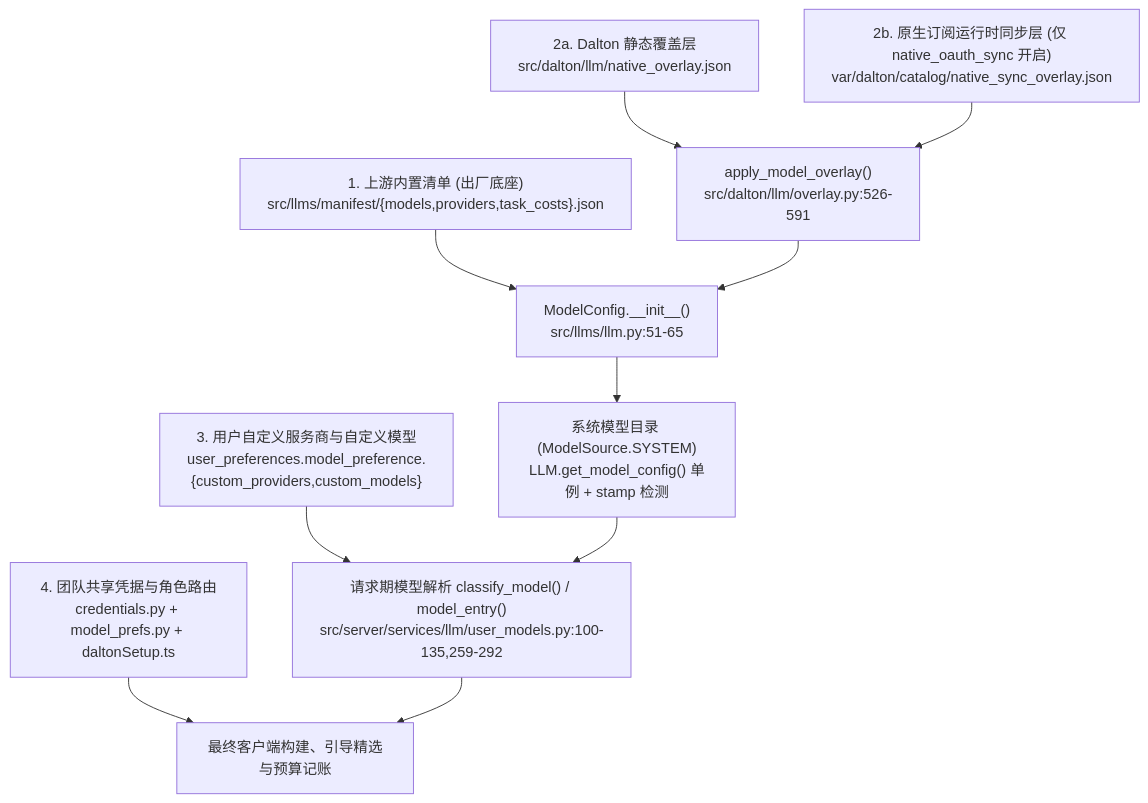
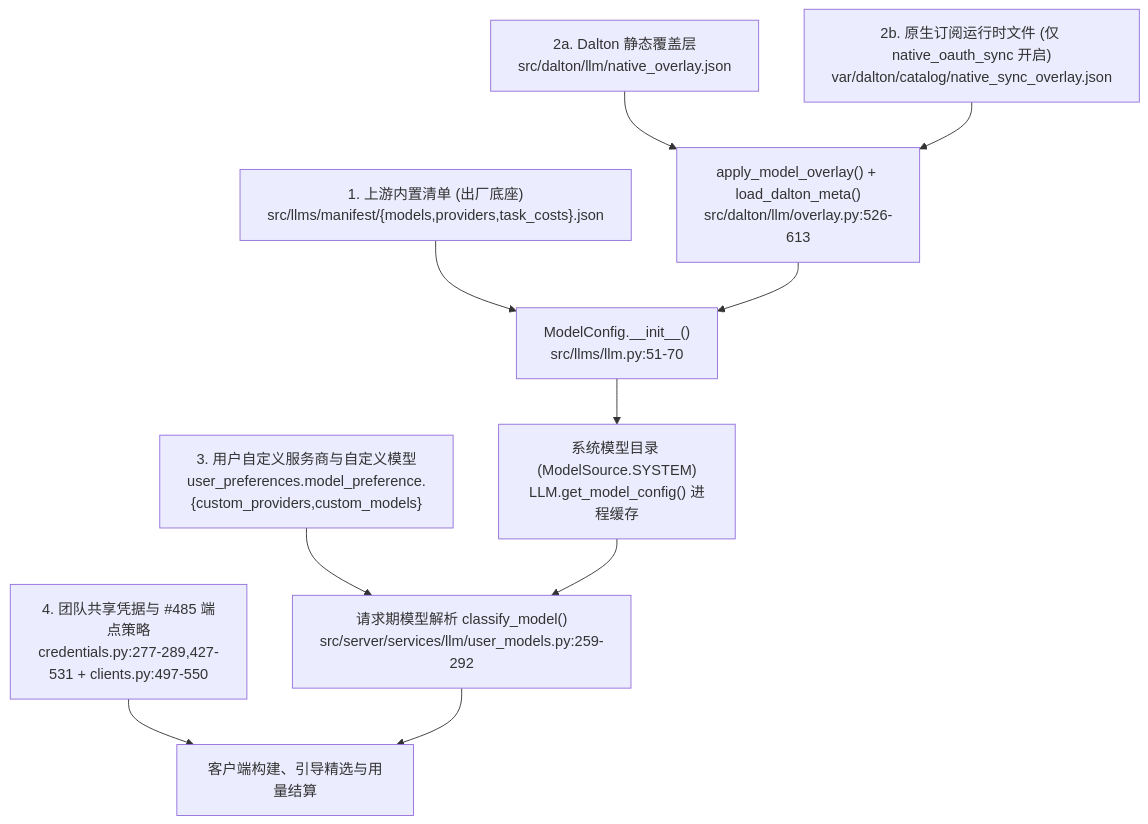
The first of 2 diagrams in docs/dalton/features/team-model-catalog.md (everflowinv/dalton-langalpha), drawn with Mermaid before and after one commit. The commit also changed other lines of this file, not shown here.

Commit message:
docs(models): team model catalog r2: own credentials bound to their address, per-turn catalog version, retire and rollback scope

````diff
--- a/docs/dalton/features/team-model-catalog.md
+++ b/docs/dalton/features/team-model-catalog.md
@@ -22,12 +23,12 @@
 ```mermaid
 flowchart TD
-    U1["1. 上游内置清单 (出厂底座)<br/>src/llms/manifest/{models,providers,task_costs}.json"] --> M1["ModelConfig.__init__()<br/>src/llms/llm.py:51-65"]
-    U2["2a. Dalton 静态覆盖层<br/>src/dalton/llm/native_overlay.json"] --> M2["apply_model_overlay()<br/>src/dalton/llm/overlay.py:526-591"]
-    U3["2b. 原生订阅运行时同步层 (仅 native_oauth_sync 开启)<br/>var/dalton/catalog/native_sync_overlay.json"] --> M2
+    U1["1. 上游内置清单 (出厂底座)<br/>src/llms/manifest/{models,providers,task_costs}.json"] --> M1["ModelConfig.__init__()<br/>src/llms/llm.py:51-70"]
+    U2["2a. Dalton 静态覆盖层<br/>src/dalton/llm/native_overlay.json"] --> M2["apply_model_overlay() + load_dalton_meta()<br/>src/dalton/llm/overlay.py:526-613"]
+    U3["2b. 原生订阅运行时文件 (仅 native_oauth_sync 开启)<br/>var/dalton/catalog/native_sync_overlay.json"] --> M2
     M2 --> M1
-    M1 --> SYS["系统模型目录 (ModelSource.SYSTEM)<br/>LLM.get_model_config() 单例 + stamp 检测"]
-    U4["3. 用户自定义服务商与自定义模型<br/>user_preferences.model_preference.{custom_providers,custom_models}"] --> REQ["请求期模型解析 classify_model() / model_entry()<br/>src/server/services/llm/user_models.py:100-135,259-292"]
+    M1 --> SYS["系统模型目录 (ModelSource.SYSTEM)<br/>LLM.get_model_config() 进程缓存"]
+    U4["3. 用户自定义服务商与自定义模型<br/>user_preferences.model_preference.{custom_providers,custom_models}"] --> REQ["请求期模型解析 classify_model()<br/>src/server/services/llm/user_models.py:259-292"]
     SYS --> REQ
-    U5["4. 团队共享凭据与角色路由<br/>credentials.py + model_prefs.py + daltonSetup.ts"] --> TURN["最终客户端构建、引导精选与预算记账"]
+    U5["4. 团队共享凭据与 #485 端点策略<br/>credentials.py:277-289,427-531 + clients.py:497-550"] --> TURN["客户端构建、引导精选与用量结算"]
     REQ --> TURN
 ```
````
